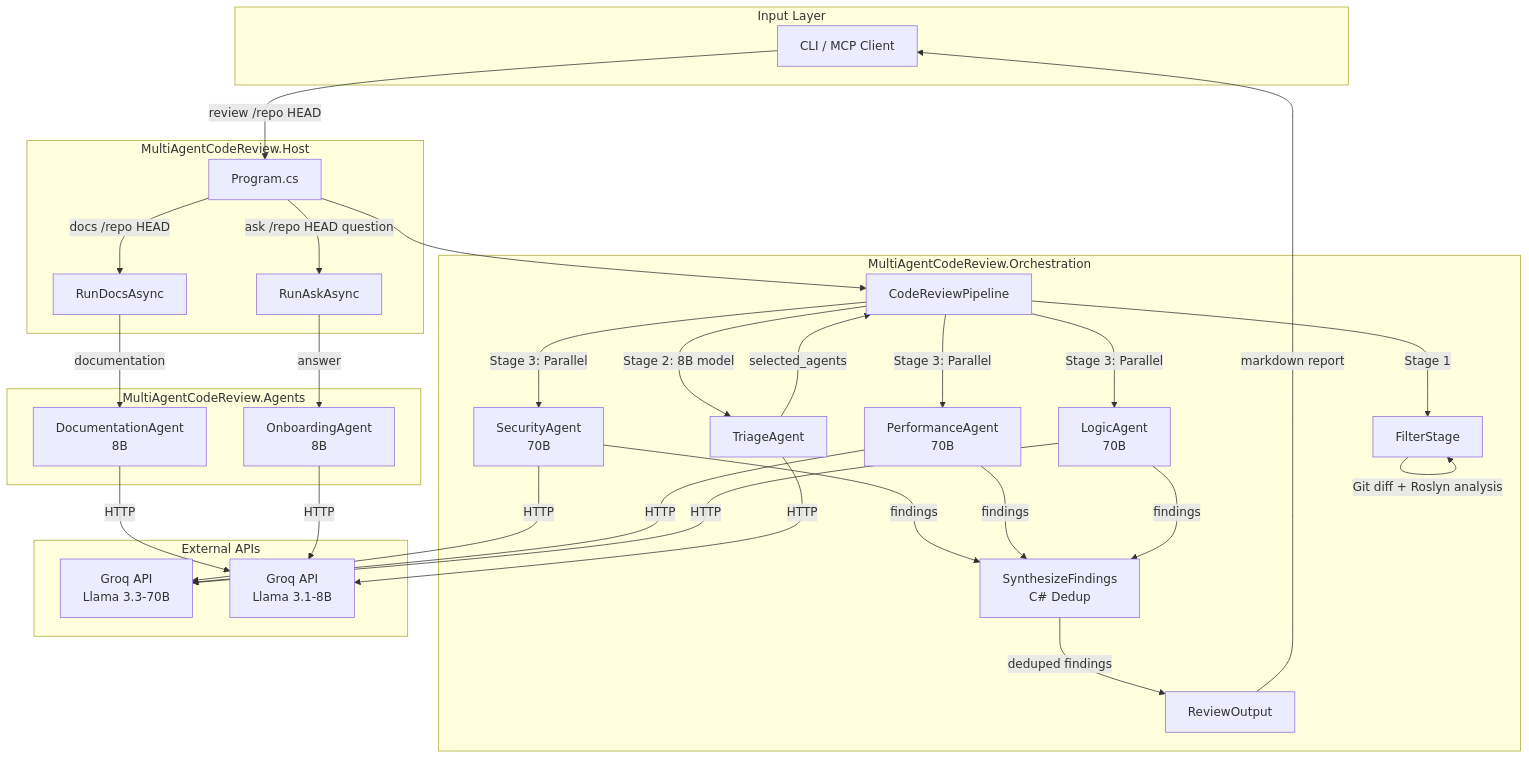
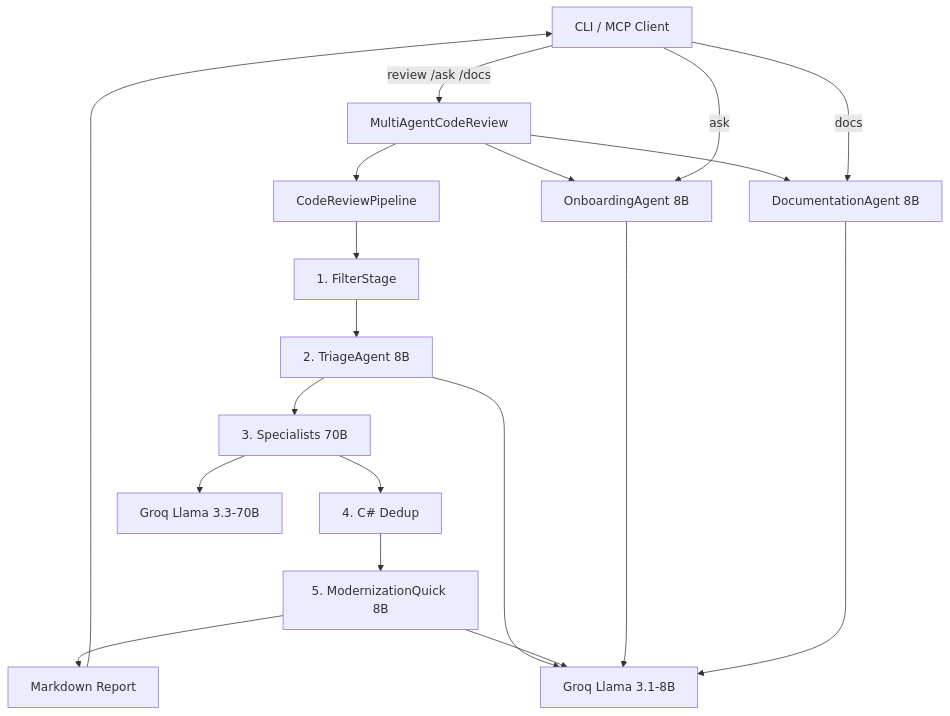
The first of 5 diagrams in README.md (bhavyananda17/multi_agent_code_review_mcpserver), drawn with Mermaid before and after one commit. The commit also changed other lines of this file, not shown here.

Commit message:
readme updated

````diff
--- a/README.md
+++ b/README.md
@@ -11,53 +11,26 @@
 ```mermaid
 graph TB
-    subgraph "Input Layer"
-        CLI[CLI / MCP Client]
-    end
+    Client[CLI / MCP Client] -->|"review /ask /docs"| Server[MultiAgentCodeReview]
 
-    subgraph "MultiAgentCodeReview.Host"
-        CLI -->|"review /repo HEAD"| Host[Program.cs]
-        Host -->|"ask /repo HEAD question"| AskCmd[RunAskAsync]
-        Host -->|"docs /repo HEAD"| DocsCmd[RunDocsAsync]
-    end
+    Server --> Pipeline[CodeReviewPipeline]
+    Pipeline --> Filter[1. FilterStage]
+    Filter --> Triage[2. TriageAgent 8B]
+    Triage --> Specialists[3. Specialists 70B]
+    Specialists --> Dedup[4. C# Dedup]
+    Dedup --> Modern[5. ModernizationQuick 8B]
 
-    subgraph "MultiAgentCodeReview.Orchestration"
-        Host --> Pipeline[CodeReviewPipeline]
+    Modern --> Output[Markdown Report]
+    Output --> Client
 
-        Pipeline -->|"Stage 1"| Filter[FilterStage]
-        Filter -->|"Git diff + Roslyn analysis"| Filter
+    Server --> Onboard[OnboardingAgent 8B]
+    Server --> Doc[DocumentationAgent 8B]
 
-        Pipeline -->|"Stage 2: 8B model"| Triage[TriageAgent]
-        Triage -->|"selected_agents"| Pipeline
+    Client -->|"ask"| Onboard
+    Client -->|"docs"| Doc
 
-        Pipeline -->|"Stage 3: Parallel"| SA[SecurityAgent<br/>70B]
-        Pipeline -->|"Stage 3: Parallel"| PA[PerformanceAgent<br/>70B]
-        Pipeline -->|"Stage 3: Parallel"| LA[LogicAgent<br/>70B]
-
-        SA -->|"findings"| Dedup[SynthesizeFindings<br/>C# Dedup]
-        PA -->|"findings"| Dedup
-        LA -->|"findings"| Dedup
-
-        Dedup -->|"deduped findings"| Report[ReviewOutput]
-    end
-
-    subgraph "MultiAgentCodeReview.Agents"
-        SA
-        PA
-        LA
-        DocAgent[DocumentationAgent<br/>8B]
-        OnboardAgent[OnboardingAgent<br/>8B]
-    end
-
-    subgraph "External APIs"
-        SA -->|"HTTP"| Groq[Groq API<br/>Llama 3.3-70B]
-        PA -->|"HTTP"| Groq
-        LA -->|"HTTP"| Groq
-        Triage -->|"HTTP"| GroqT[Groq API<br/>Llama 3.1-8B]
-        DocAgent -->|"HTTP"| GroqT
-        OnboardAgent -->|"HTTP"| GroqT
-    end
-
-    Report -->|"markdown report"| CLI
-    AskCmd -->|"answer"| OnboardAgent
-    DocsCmd -->|"documentation"| DocAgent
+    Specialists --> Groq70[Groq Llama 3.3-70B]
+    Triage --> Groq8[Groq Llama 3.1-8B]
+    Modern --> Groq8
+    Onboard --> Groq8
+    Doc --> Groq8
 ```
````
